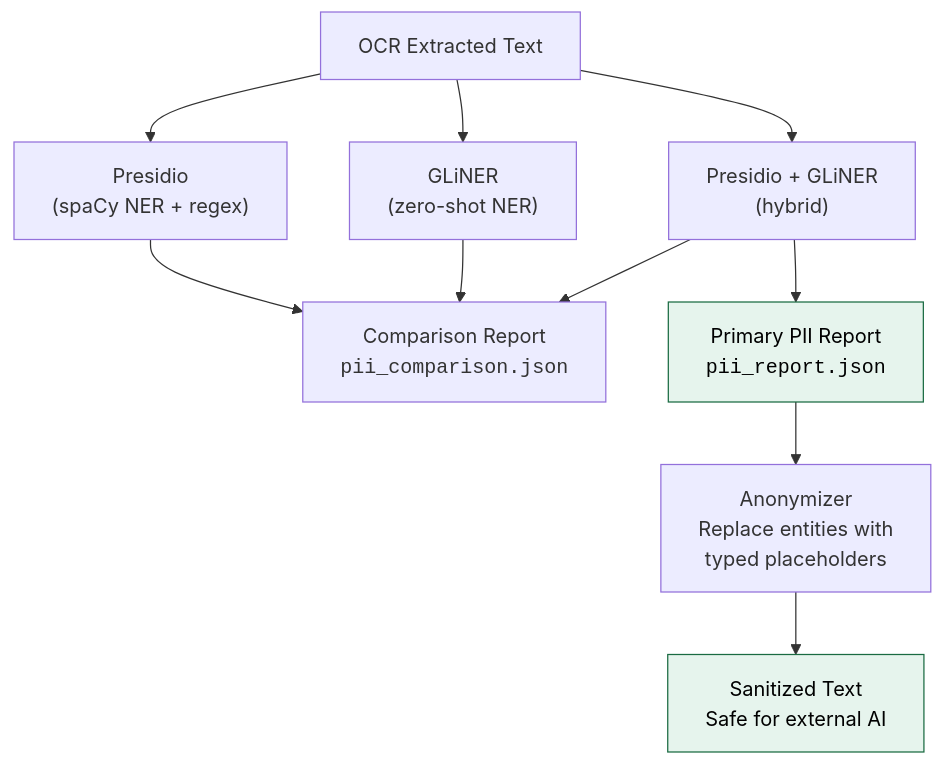
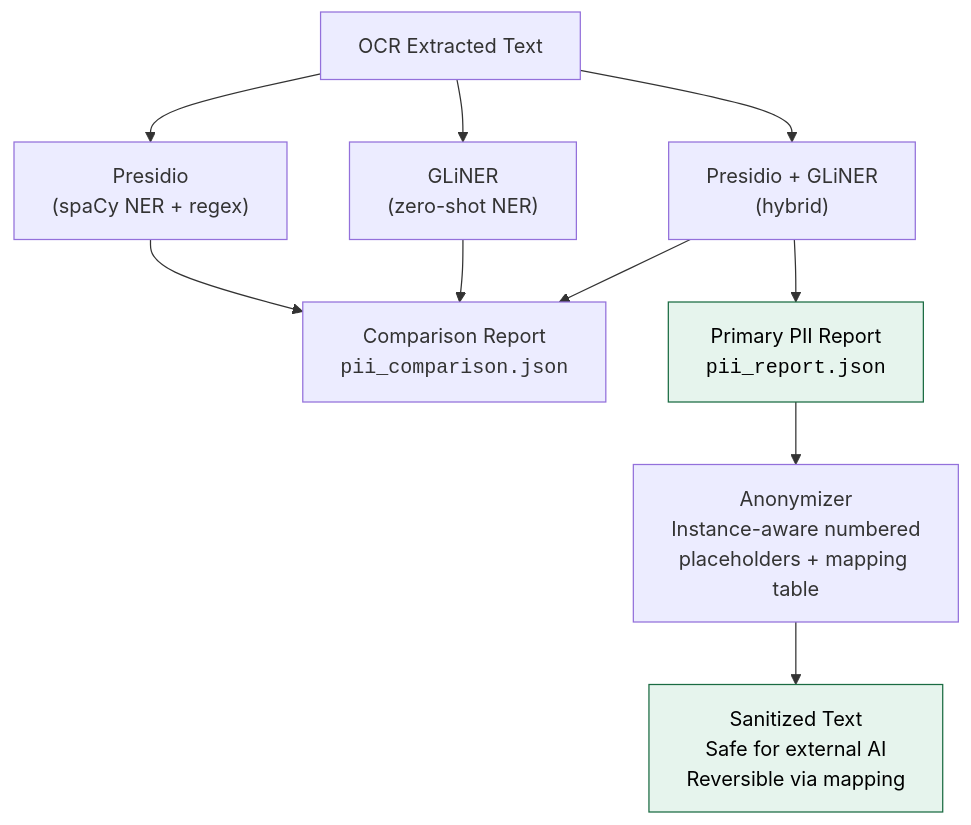
One commit to danielpodrazka/dagster-document-intelligence changed the third of 6 diagrams in README.md. Above: the diagram before and after it, drawn with Mermaid. The commit also changed other lines of this file, not shown here.

Commit message:
Update README to reflect instance-aware PII placeholders

````diff
--- a/README.md
+++ b/README.md
@@ -101,19 +101,19 @@
 ```mermaid
 graph TD
     OCR["OCR Extracted Text"]
 
     OCR --> P["Presidio<br/>(spaCy NER + regex)"]
     OCR --> G["GLiNER<br/>(zero-shot NER)"]
     OCR --> PG["Presidio + GLiNER<br/>(hybrid)"]
 
     P --> Comp["Comparison Report<br/><code>pii_comparison.json</code>"]
     G --> Comp
     PG --> Comp
     PG --> Primary["Primary PII Report<br/><code>pii_report.json</code>"]
 
-    Primary --> Anon["Anonymizer<br/>Replace entities with<br/>typed placeholders"]
-    Anon --> Safe["Sanitized Text<br/>Safe for external AI"]
+    Primary --> Anon["Anonymizer<br/>Instance-aware numbered<br/>placeholders + mapping table"]
+    Anon --> Safe["Sanitized Text<br/>Safe for external AI<br/>Reversible via mapping"]
 
     style Primary fill:#e6f4ed,stroke:#1a6b42,color:#000
     style Safe fill:#e6f4ed,stroke:#1a6b42,color:#000
 ```
````
